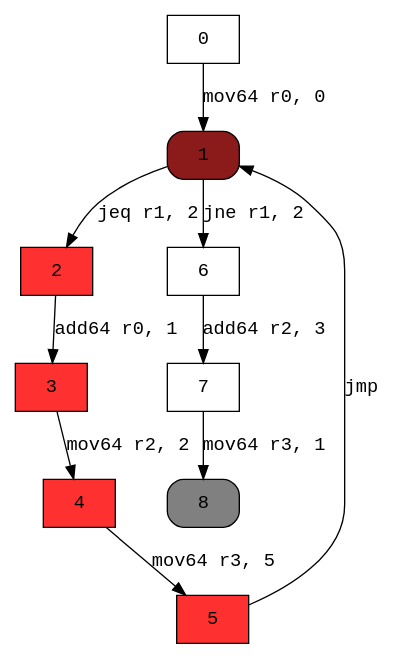
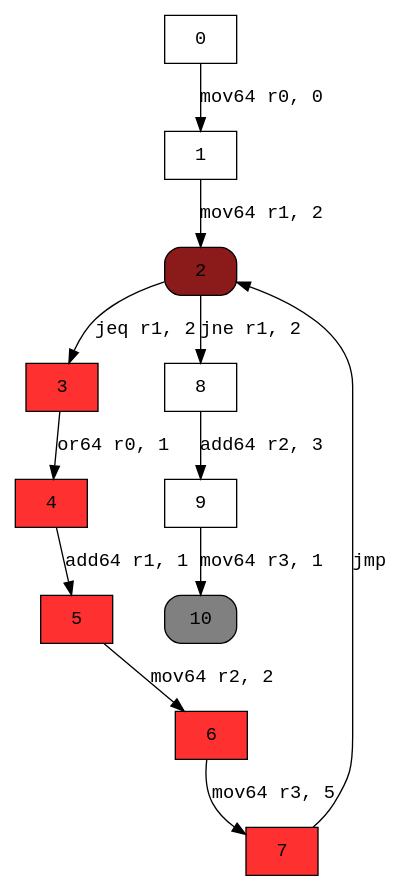
Before and after one commit to XicoCorreia/Information-Flow-Analysis-Thesis: the diagram in examples/graphs/whileLoop.dot, drawn with Graphviz. The commit also changed 12 other files, not shown here.

```diff
--- a/examples/graphs/whileLoop.dot
+++ b/examples/graphs/whileLoop.dot
@@ -1,20 +1,23 @@
 digraph cfg { 
 node [fontname="monospace"];
 node [shape=box];
 edge [fontname="monospace"];
   0 -> 1 [label="mov64 r0, 0"];
-  1 -> 2 [label="jeq r1, 2"];
-  1 -> 6 [label="jne r1, 2"];
-  2 -> 3 [label="add64 r0, 1"];
-  3 -> 4 [label="mov64 r2, 2"];
-  4 -> 5 [label="mov64 r3, 5"];
-  5 -> 1 [label="jmp"];
-  6 -> 7 [label="add64 r2, 3"];
-  7 -> 8 [label="mov64 r3, 1"];
-1 [style="rounded,filled",fillcolor=firebrick4];
-2 [style=filled,fillcolor=firebrick1];
+  1 -> 2 [label="mov64 r1, 2"];
+  2 -> 3 [label="jeq r1, 2"];
+  2 -> 8 [label="jne r1, 2"];
+  3 -> 4 [label="or64 r0, 1"];
+  4 -> 5 [label="add64 r1, 1"];
+  5 -> 6 [label="mov64 r2, 2"];
+  6 -> 7 [label="mov64 r3, 5"];
+  7 -> 2 [label="jmp"];
+  8 -> 9 [label="add64 r2, 3"];
+  9 -> 10 [label="mov64 r3, 1"];
+2 [style="rounded,filled",fillcolor=firebrick4];
 3 [style=filled,fillcolor=firebrick1];
 4 [style=filled,fillcolor=firebrick1];
 5 [style=filled,fillcolor=firebrick1];
-8 [style="rounded,filled",fillcolor=grey];
+6 [style=filled,fillcolor=firebrick1];
+7 [style=filled,fillcolor=firebrick1];
+10 [style="rounded,filled",fillcolor=grey];
 }
```
